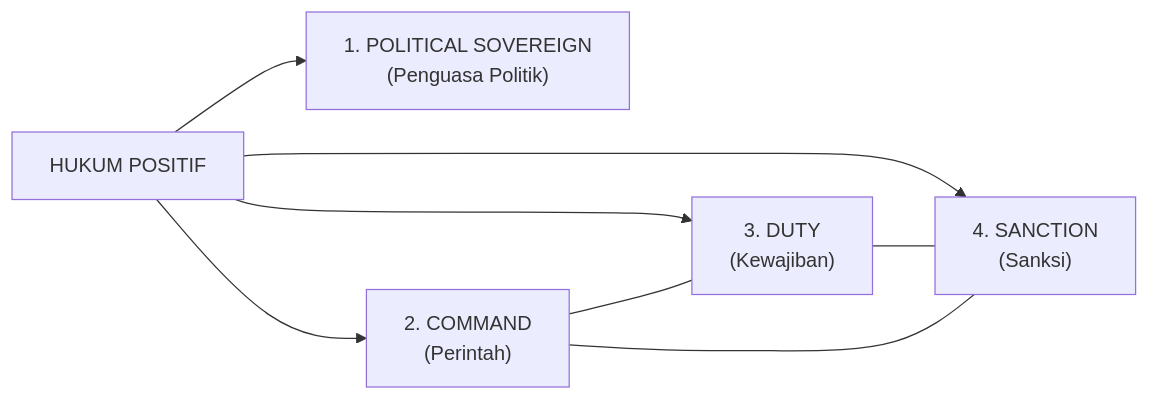
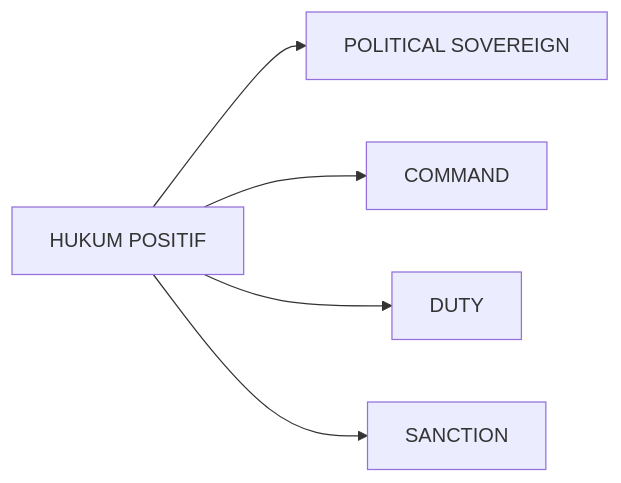
Before and after one commit to hifdzimaulana/beate-vivere: the ninth of 15 diagrams in content/Lectures/filsafat-hukum-midterm.md, drawn with Mermaid. The commit also changed other lines of this file and 1 other file, not shown here.

Commit message:
Fix mermaid diagrams: replace \n with <br/> and remove emojis

````diff
--- a/content/Lectures/filsafat-hukum-midterm.md
+++ b/content/Lectures/filsafat-hukum-midterm.md
@@ -695,10 +679,7 @@
 ```mermaid
 graph LR
-    A["HUKUM POSITIF"] --> B["1. POLITICAL SOVEREIGN\n(Penguasa Politik)"]
-    A --> C["2. COMMAND\n(Perintah)"]
-    A --> D["3. DUTY\n(Kewajiban)"]
-    A --> E["4. SANCTION\n(Sanksi)"]
-    C --- D
-    D --- E
-    E --- C
+    A["HUKUM POSITIF"] --> B["POLITICAL SOVEREIGN"]
+    A --> C["COMMAND"]
+    A --> D["DUTY"]
+    A --> E["SANCTION"]
 ```
````
